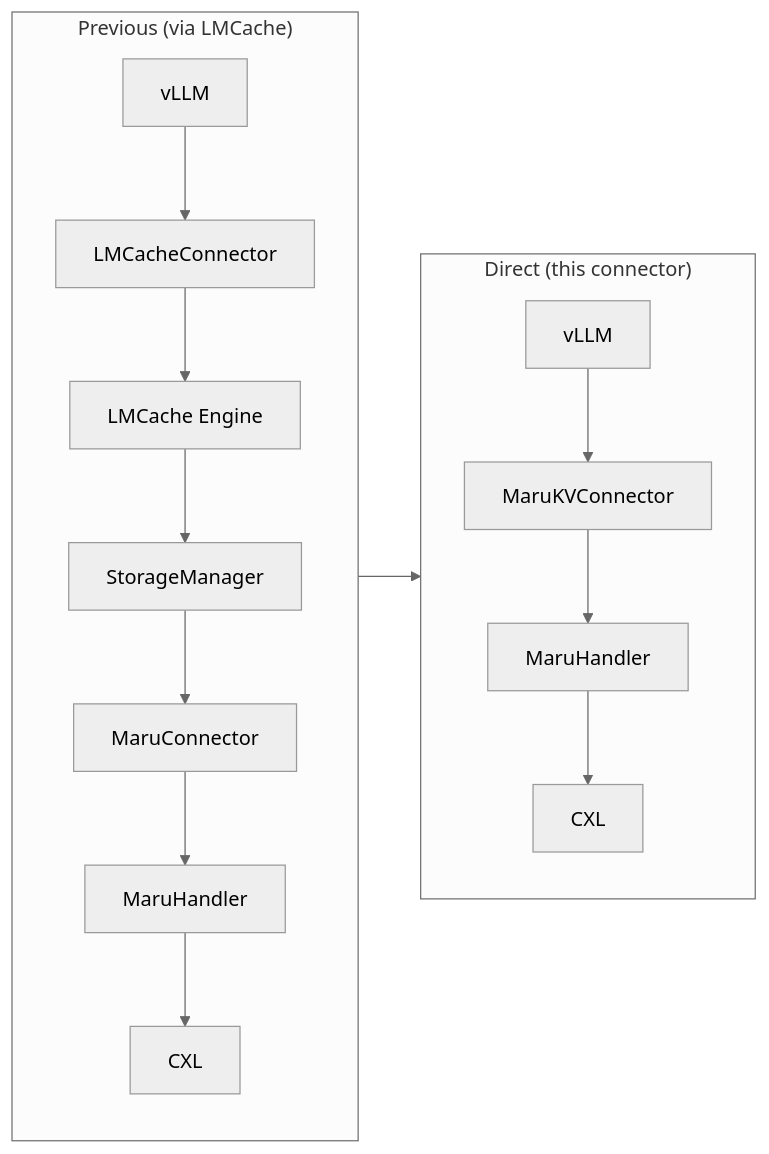
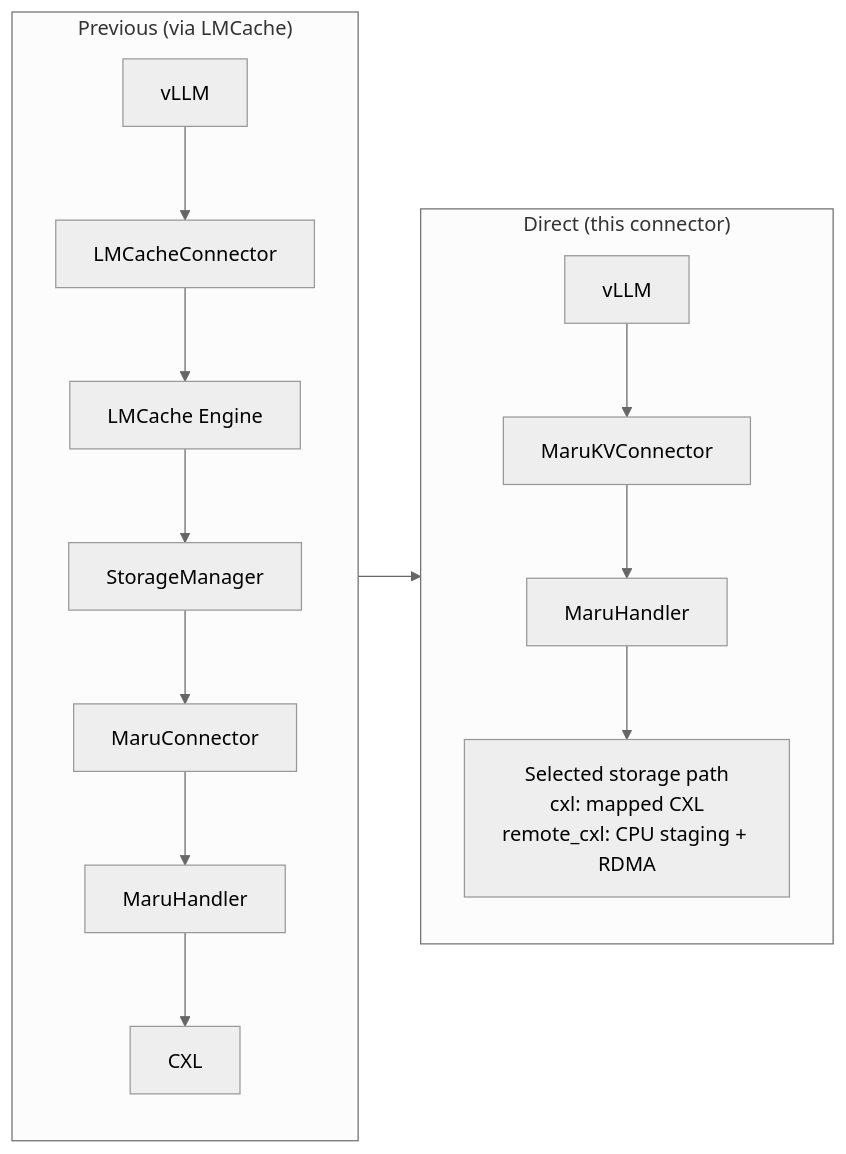
One commit to xcena-dev/maru changed the first of 3 diagrams in docs/source/integration/vllm.md. Above: the diagram before and after it, drawn with Mermaid (neutral theme). The commit also changed 4 other files, not shown here.

Commit message:
docs: show CXL and RDMA paths in architecture diagrams

````diff
--- a/docs/source/integration/vllm.md
+++ b/docs/source/integration/vllm.md
@@ -32,17 +32,17 @@
 ```mermaid
 flowchart LR
     subgraph prev["Previous (via LMCache)"]
         direction TB
         V1["vLLM"] --> LC["LMCacheConnector"] --> LE["LMCache Engine"]
         LE --> SM["StorageManager"] --> MC["MaruConnector"]
         MC --> MH1["MaruHandler"] --> CXL1["CXL"]
     end
 
     subgraph direct["Direct (this connector)"]
         direction TB
         V2["vLLM"] --> MKV["MaruKVConnector"]
-        MKV --> MH2["MaruHandler"] --> CXL2["CXL"]
+        MKV --> MH2["MaruHandler"] --> PATH2["Selected storage path<br/>cxl: mapped CXL<br/>remote_cxl: CPU staging + RDMA"]
     end
 
     prev --> direct
 ```
````
